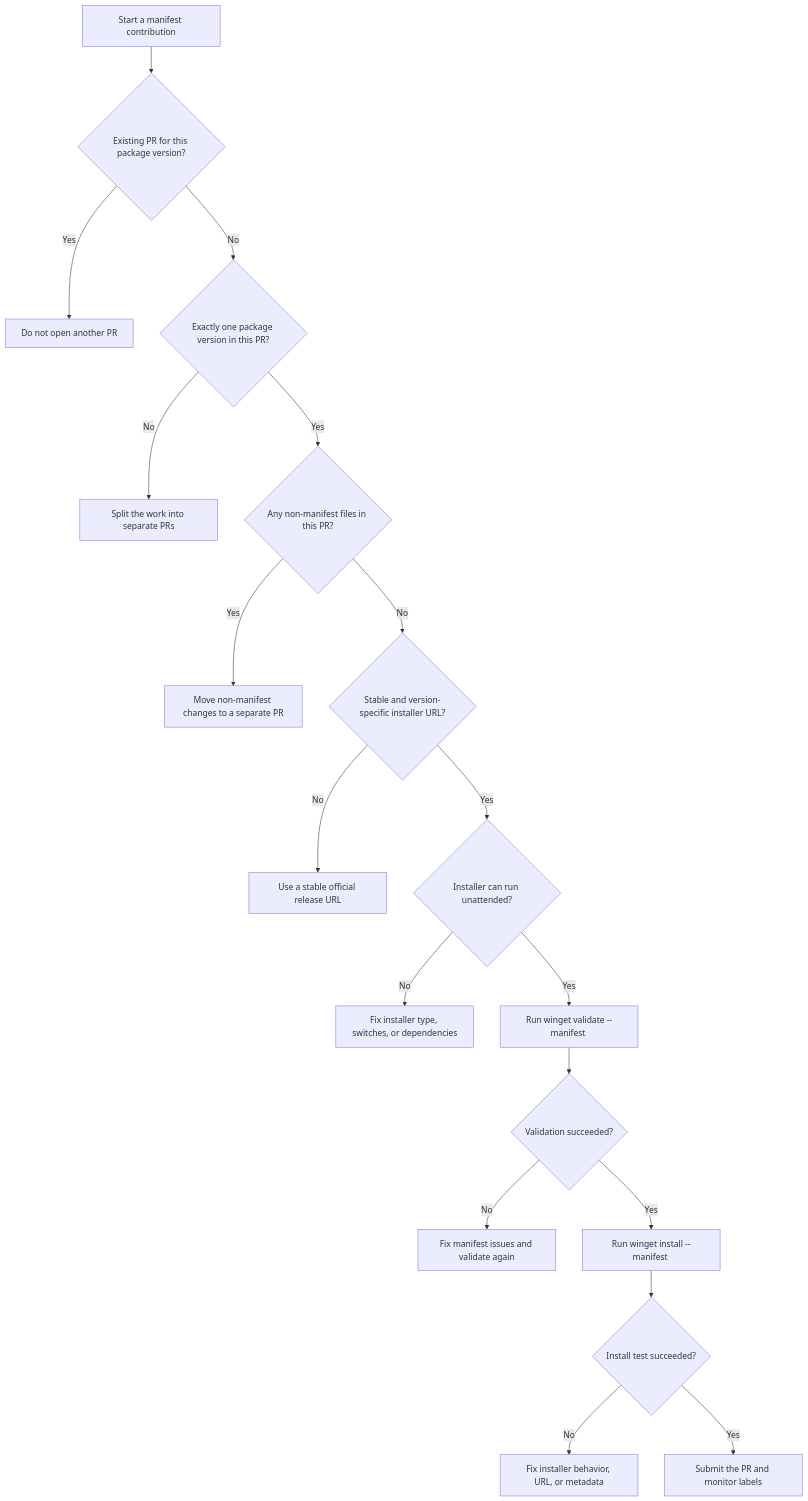
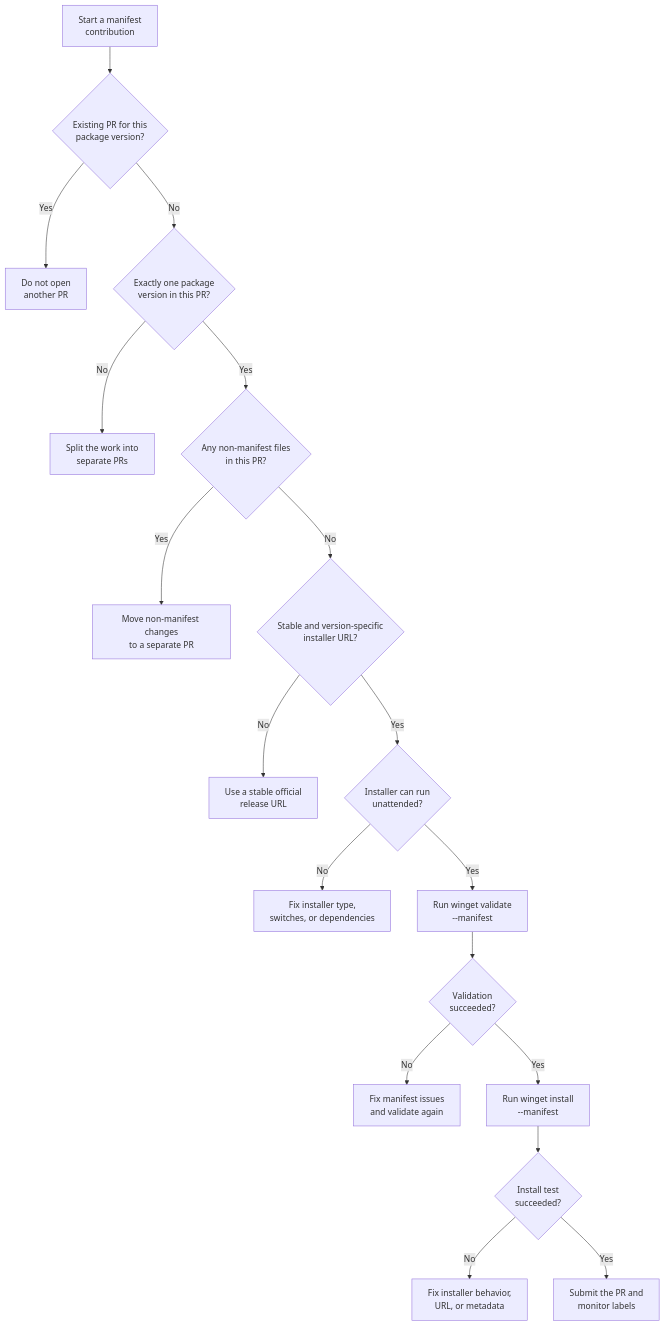
Before and after one commit to microsoft/winget-pkgs: the diagram in doc/FirstContribution.md, drawn with Mermaid.

Commit message:
Add manual Mermaid line breaks

````diff
--- a/doc/FirstContribution.md
+++ b/doc/FirstContribution.md
@@ -45,20 +45,20 @@
 ```mermaid
 flowchart TD
-    A[Start a manifest contribution] --> B{Existing PR for this package version?}
-    B -- Yes --> C[Do not open another PR]
-    B -- No --> D{Exactly one package version in this PR?}
-    D -- No --> E[Split the work into separate PRs]
-    D -- Yes --> F{Any non-manifest files in this PR?}
-    F -- Yes --> G[Move non-manifest changes to a separate PR]
-    F -- No --> H{Stable and version-specific installer URL?}
-    H -- No --> I[Use a stable official release URL]
-    H -- Yes --> J{Installer can run unattended?}
-    J -- No --> K[Fix installer type, switches, or dependencies]
-    J -- Yes --> L[Run winget validate --manifest <path>]
-    L --> M{Validation succeeded?}
-    M -- No --> N[Fix manifest issues and validate again]
-    M -- Yes --> O[Run winget install --manifest <path>]
-    O --> P{Install test succeeded?}
-    P -- No --> Q[Fix installer behavior, URL, or metadata]
-    P -- Yes --> R[Submit the PR and monitor labels]
+    A[Start a manifest<br/>contribution] --> B{Existing PR for this<br/>package version?}
+    B -- Yes --> C[Do not open<br/>another PR]
+    B -- No --> D{Exactly one package<br/>version in this PR?}
+    D -- No --> E[Split the work into<br/>separate PRs]
+    D -- Yes --> F{Any non-manifest files<br/>in this PR?}
+    F -- Yes --> G[Move non-manifest changes<br/>to a separate PR]
+    F -- No --> H{Stable and version-specific<br/>installer URL?}
+    H -- No --> I[Use a stable official<br/>release URL]
+    H -- Yes --> J{Installer can run<br/>unattended?}
+    J -- No --> K[Fix installer type,<br/>switches, or dependencies]
+    J -- Yes --> L[Run winget validate<br/>--manifest <path>]
+    L --> M{Validation<br/>succeeded?}
+    M -- No --> N[Fix manifest issues<br/>and validate again]
+    M -- Yes --> O[Run winget install<br/>--manifest <path>]
+    O --> P{Install test<br/>succeeded?}
+    P -- No --> Q[Fix installer behavior,<br/>URL, or metadata]
+    P -- Yes --> R[Submit the PR and<br/>monitor labels]
 ```
````
